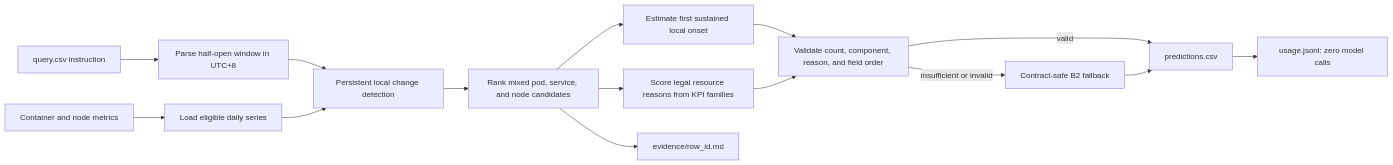
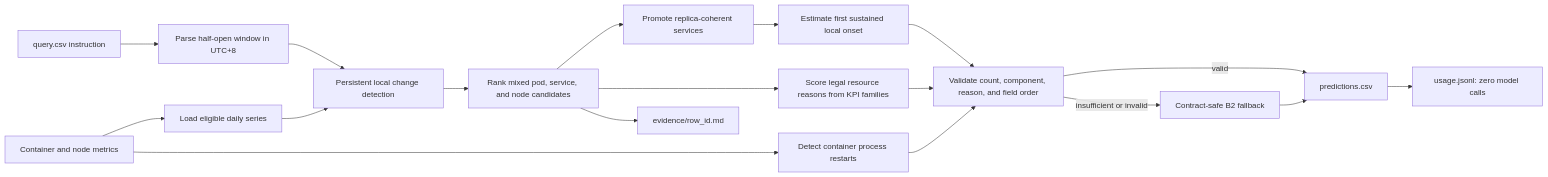
Before and after one commit to ChenSun-YP/mantisgrid-track1-submission: the diagram in README.md, drawn with Mermaid. The commit also changed other lines of this file and 1 other file, not shown here.

Commit message:
Promote final 0.317 hierarchy-aware RCA release

````diff
--- a/README.md
+++ b/README.md
@@ -88,17 +90,20 @@
 ```mermaid
 flowchart LR
     Q[query.csv instruction] --> T[Parse half-open window in UTC+8]
     D[Container and node metrics] --> L[Load eligible daily series]
     T --> C[Persistent local change detection]
     L --> C
     C --> R[Rank mixed pod, service, and node candidates]
-    R --> O[Estimate first sustained local onset]
+    R --> H[Promote replica-coherent services]
+    H --> O[Estimate first sustained local onset]
     R --> K[Score legal resource reasons from KPI families]
+    D --> S[Detect container process restarts]
+    S --> V
     O --> V[Validate count, component, reason, and field order]
     K --> V
     V -->|valid| P[predictions.csv]
     V -->|insufficient or invalid| F[Contract-safe B2 fallback]
     F --> P
     R --> E[evidence/row_id.md]
     P --> U[usage.jsonl: zero model calls]
 ```
````
